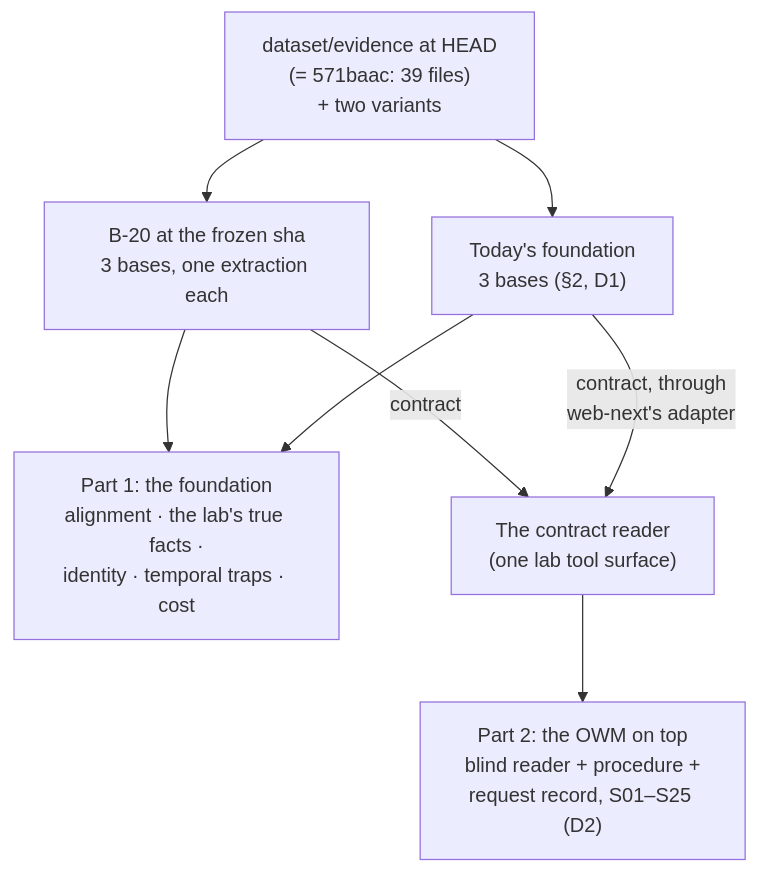
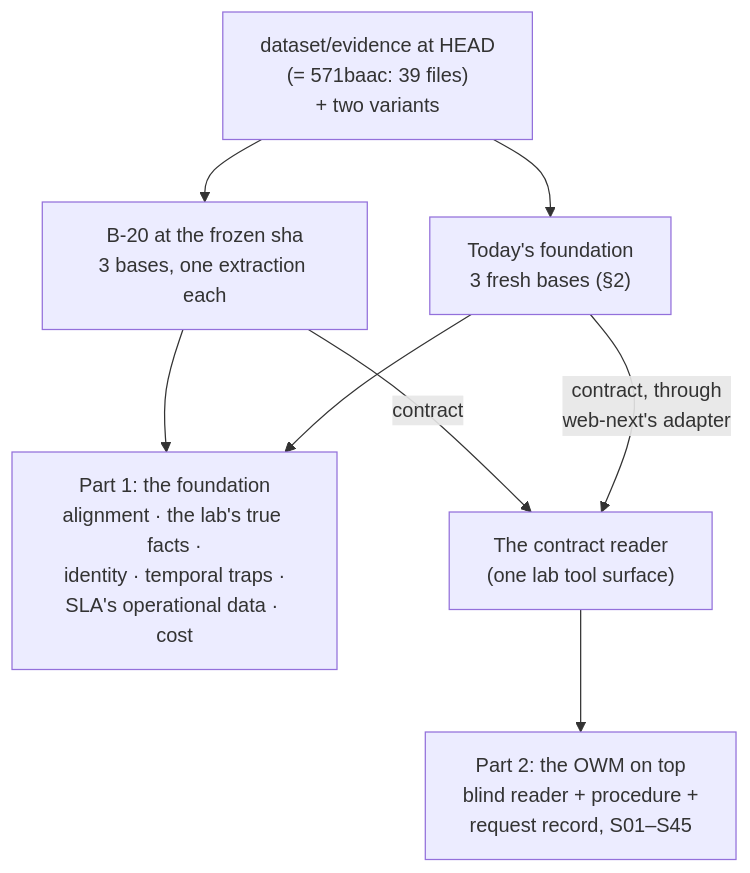
One commit to kloudtaxi/shiny-waffle changed the first of 2 diagrams in docs/b20-northstar-exam-preregistration-2026-10-17.md. Above: the diagram before and after it, drawn with Mermaid. The commit also changed other lines of this file, not shown here.

First line of the commit message:
docs: the exam's pre-registration takes the user's rulings: fresh bases; all 45 scenarios, each against its gold-evidence ceiling

````diff
--- a/docs/b20-northstar-exam-preregistration-2026-10-17.md
+++ b/docs/b20-northstar-exam-preregistration-2026-10-17.md
@@ -19,10 +23,10 @@
 ```mermaid
 flowchart TB
     E["dataset/evidence at HEAD<br/>(= 571baac: 39 files)<br/>+ two variants"] --> B20["B-20 at the frozen sha<br/>3 bases, one extraction each"]
-    E --> T["Today's foundation<br/>3 bases (§2, D1)"]
-    B20 --> P1["Part 1: the foundation<br/>alignment · the lab's true facts ·<br/>identity · temporal traps · cost"]
+    E --> T["Today's foundation<br/>3 fresh bases (§2)"]
+    B20 --> P1["Part 1: the foundation<br/>alignment · the lab's true facts ·<br/>identity · temporal traps ·<br/>SLA's operational data · cost"]
     T --> P1
     B20 -->|contract| CR["The contract reader<br/>(one lab tool surface)"]
     T -->|"contract, through<br/>web-next's adapter"| CR
-    CR --> P2["Part 2: the OWM on top<br/>blind reader + procedure +<br/>request record, S01–S25 (D2)"]
+    CR --> P2["Part 2: the OWM on top<br/>blind reader + procedure +<br/>request record, S01–S45"]
 ```
````
